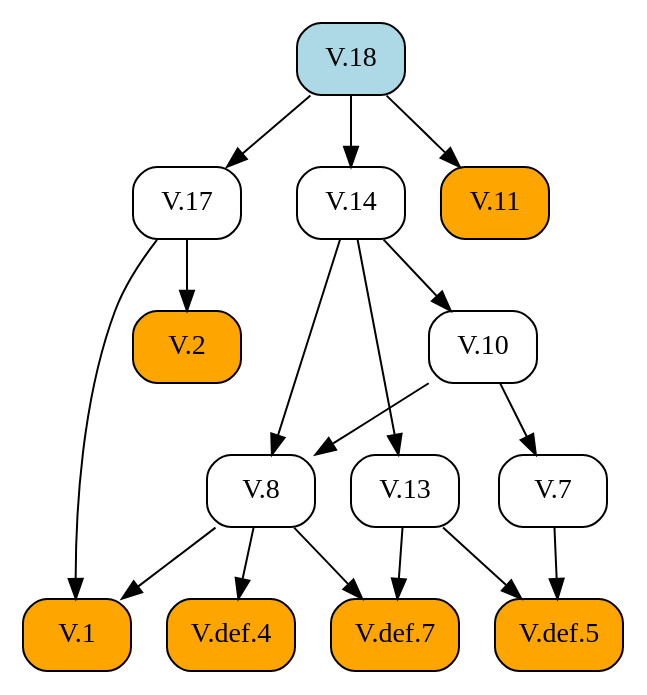
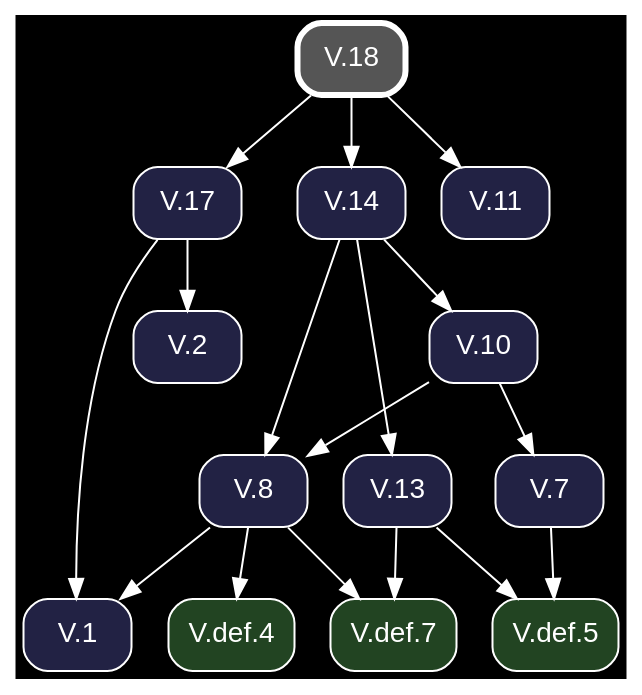
The diagram in docsrc/heath/V/18/index.rst (geometor/elements), drawn with Graphviz before and after one commit. The commit also changed other lines of this file and 1200 other files, not shown here.

Commit message:
update dependency graphs

```diff
--- a/docsrc/heath/V/18/index.rst
+++ b/docsrc/heath/V/18/index.rst
@@ -74,35 +74,37 @@
 .. graphviz::
 
    digraph {
+     bgcolor="black";
+     node [shape=box, style="rounded,filled", fontname="Helvetica", color="white", fontcolor="white"];
+     edge [color="white", fontcolor="white"];
      rankdir="TB";
-     node [shape=box, style=rounded];
-     "V.2" [style="rounded,filled", fillcolor=orange, URL="/heath/V/2/", target="_top"];
-     "V.10" [URL="/heath/V/10/", target="_top"];
-     "V.def.7" [style="rounded,filled", fillcolor=orange, URL="/heath/V/def.7/", target="_top"];
-     "V.1" [style="rounded,filled", fillcolor=orange, URL="/heath/V/1/", target="_top"];
-     "V.13" [URL="/heath/V/13/", target="_top"];
-     "V.def.5" [style="rounded,filled", fillcolor=orange, URL="/heath/V/def.5/", target="_top"];
-     "V.7" [URL="/heath/V/7/", target="_top"];
-     "V.11" [style="rounded,filled", fillcolor=orange, URL="/heath/V/11/", target="_top"];
-     "V.14" [URL="/heath/V/14/", target="_top"];
-     "V.17" [URL="/heath/V/17/", target="_top"];
-     "V.18" [style="rounded,filled", fillcolor=lightblue, URL="/heath/V/18/", target="_top"];
-     "V.def.4" [style="rounded,filled", fillcolor=orange, URL="/heath/V/def.4/", target="_top"];
-     "V.8" [URL="/heath/V/8/", target="_top"];
+     "V.2" [fillcolor="#222244", URL="/heath/V/2/", target="_top"];
+     "V.1" [fillcolor="#222244", URL="/heath/V/1/", target="_top"];
+     "V.def.5" [fillcolor="#224422", URL="/heath/V/def.5/", target="_top"];
+     "V.11" [fillcolor="#222244", URL="/heath/V/11/", target="_top"];
+     "V.def.7" [fillcolor="#224422", URL="/heath/V/def.7/", target="_top"];
+     "V.def.4" [fillcolor="#224422", URL="/heath/V/def.4/", target="_top"];
+     "V.18" [penwidth=3, color="white", fillcolor="#555555", URL="/heath/V/18/", target="_top"];
+     "V.13" [fillcolor="#222244", URL="/heath/V/13/", target="_top"];
+     "V.14" [fillcolor="#222244", URL="/heath/V/14/", target="_top"];
+     "V.8" [fillcolor="#222244", URL="/heath/V/8/", target="_top"];
+     "V.7" [fillcolor="#222244", URL="/heath/V/7/", target="_top"];
+     "V.17" [fillcolor="#222244", URL="/heath/V/17/", target="_top"];
+     "V.10" [fillcolor="#222244", URL="/heath/V/10/", target="_top"];
      "V.17" -> "V.2";
-     "V.14" -> "V.10";
+     "V.8" -> "V.1";
+     "V.17" -> "V.1";
+     "V.7" -> "V.def.5";
+     "V.13" -> "V.def.5";
+     "V.18" -> "V.11";
      "V.8" -> "V.def.7";
      "V.13" -> "V.def.7";
-     "V.8" -> "V.1";
-     "V.17" -> "V.1";
+     "V.8" -> "V.def.4";
      "V.14" -> "V.13";
-     "V.7" -> "V.def.5";
-     "V.13" -> "V.def.5";
-     "V.10" -> "V.7";
-     "V.18" -> "V.11";
      "V.18" -> "V.14";
-     "V.18" -> "V.17";
-     "V.8" -> "V.def.4";
      "V.10" -> "V.8";
      "V.14" -> "V.8";
+     "V.10" -> "V.7";
+     "V.18" -> "V.17";
+     "V.14" -> "V.10";
    }
```
